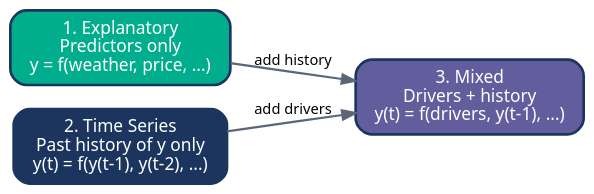
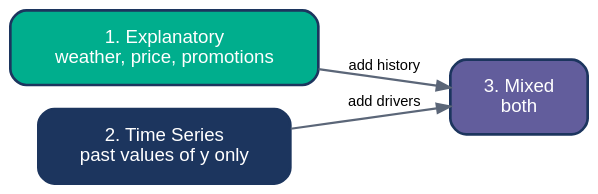
The diagram in slides/01_getting_started_and_patterns.qmd (NaifMersal/time-series-analysis-and-forecasting), drawn with Graphviz before and after one commit. The commit also changed other lines of this file and 4 other files, not shown here.

````diff
--- a/slides/01_getting_started_and_patterns.qmd
+++ b/slides/01_getting_started_and_patterns.qmd
@@ -105,21 +105,21 @@
 ```{dot}
 //| fig-width: 9.5
 digraph G {
     bgcolor="transparent";
     rankdir=LR;
-    graph [fontname="Segoe UI"];
-    node [shape=box style="rounded,filled" fontname="Segoe UI" fontsize=13
-          color="#1C355E" penwidth=2 margin="0.18,0.10"];
-    edge [fontname="Segoe UI" fontsize=11 color="#5b6678" penwidth=1.6];
+    graph [fontname="Helvetica"];
+    node [shape=box style="rounded,filled" fontname="Helvetica" fontsize=14
+          color="#1C355E" penwidth=2 margin="0.30,0.18"];
+    edge [fontname="Helvetica" fontsize=11 color="#5b6678" penwidth=1.6];
 
-    E [label="1. Explanatory\nPredictors only\ny = f(weather, price, ...)"
+    E [label="1. Explanatory\nweather, price, promotions"
        fillcolor="#00AE8D" fontcolor="white"];
-    T [label="2. Time Series\nPast history of y only\ny(t) = f(y(t-1), y(t-2), ...)"
+    T [label="2. Time Series\npast values of y only"
        fillcolor="#1C355E" fontcolor="white"];
-    M [label="3. Mixed\nDrivers + history\ny(t) = f(drivers, y(t-1), ...)"
+    M [label="3. Mixed\nboth"
        fillcolor="#625D9C" fontcolor="white"];
 
     T -> M [label="add drivers"];
     E -> M [label="add history"];
 }
 ```
````
